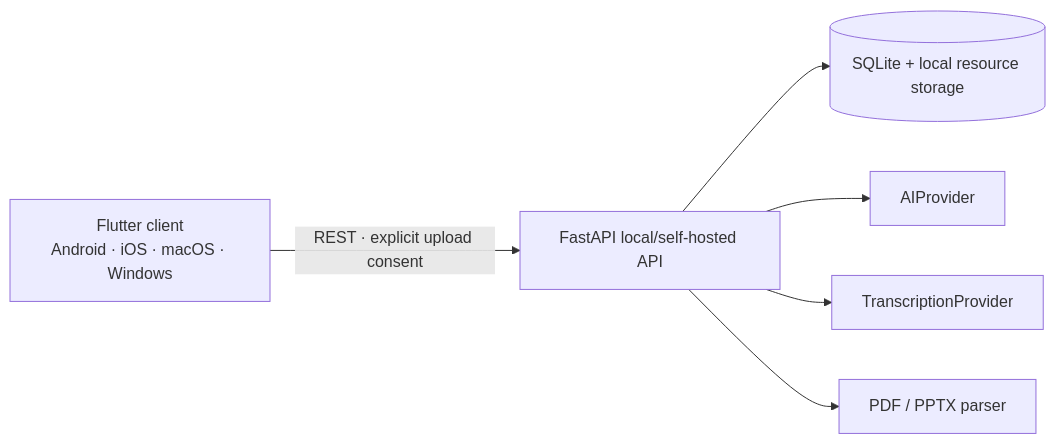
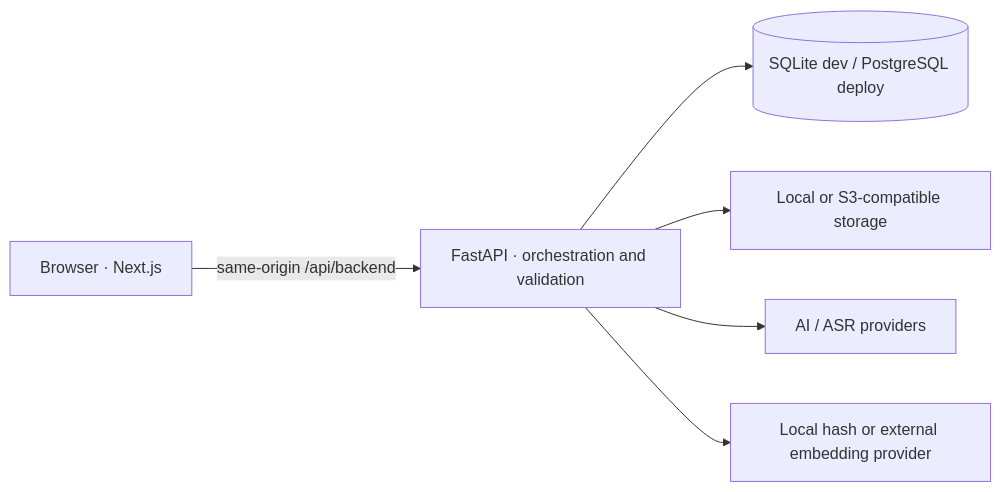
Before and after one commit to HanzhiOvO/KnowledgeDebt: the diagram in README.md, drawn with Mermaid. The commit also changed other lines of this file and 15 other files, not shown here.

Commit message:
test: add realistic recovery flow and operations guide

````diff
--- a/README.md
+++ b/README.md
@@ -55,14 +45,8 @@
 ```mermaid
 flowchart LR
-  C["Flutter client\nAndroid · iOS · macOS · Windows"]
-  A["FastAPI local/self-hosted API"]
-  D[("SQLite + local resource storage")]
-  P["AIProvider"]
-  T["TranscriptionProvider"]
-  X["PDF / PPTX parser"]
-  C -->|"REST · explicit upload consent"| A
-  A --> D
-  A --> P
-  A --> T
-  A --> X
+  B["Browser · Next.js"] -->|"same-origin /api/backend"| A["FastAPI · orchestration and validation"]
+  A --> D[("SQLite dev / PostgreSQL deploy")]
+  A --> S["Local or S3-compatible storage"]
+  A --> P["AI / ASR providers"]
+  A --> E["Local hash or external embedding provider"]
 ```
````
